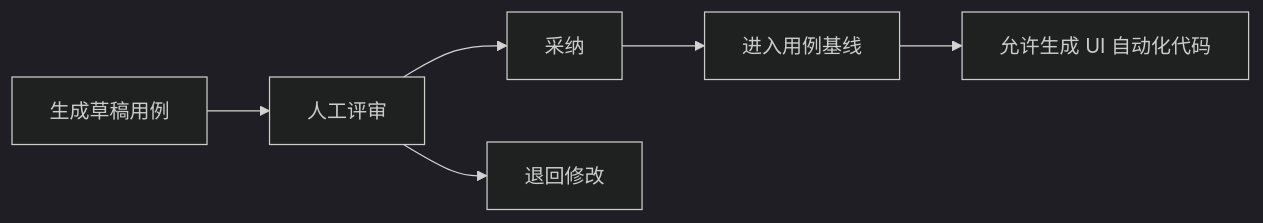
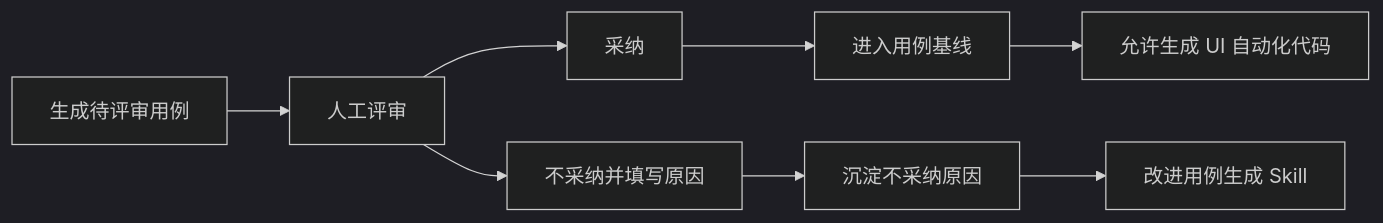
Before and after one commit to Elixir-Wang/aitest: the diagram in docs/00-产品文档/00-08-AI测试系统-测试用例生成PRD.md, drawn with Mermaid (dark theme). The commit also changed other lines of this file and 5 other files, not shown here.

````diff
--- a/docs/00-产品文档/00-08-AI测试系统-测试用例生成PRD.md
+++ b/docs/00-产品文档/00-08-AI测试系统-测试用例生成PRD.md
@@ -107,8 +106,10 @@
 ```mermaid
 flowchart LR
-    Generate["生成草稿用例"] --> Review["人工评审"]
+    Generate["生成待评审用例"] --> Review["人工评审"]
     Review --> Adopt["采纳"]
-    Review --> Reject["退回修改"]
+    Review --> Reject["不采纳并填写原因"]
     Adopt --> Baseline["进入用例基线"]
     Baseline --> AutoReady["允许生成 UI 自动化代码"]
+    Reject --> Feedback["沉淀不采纳原因"]
+    Feedback --> ImproveSkill["改进用例生成 Skill"]
 ```
````
